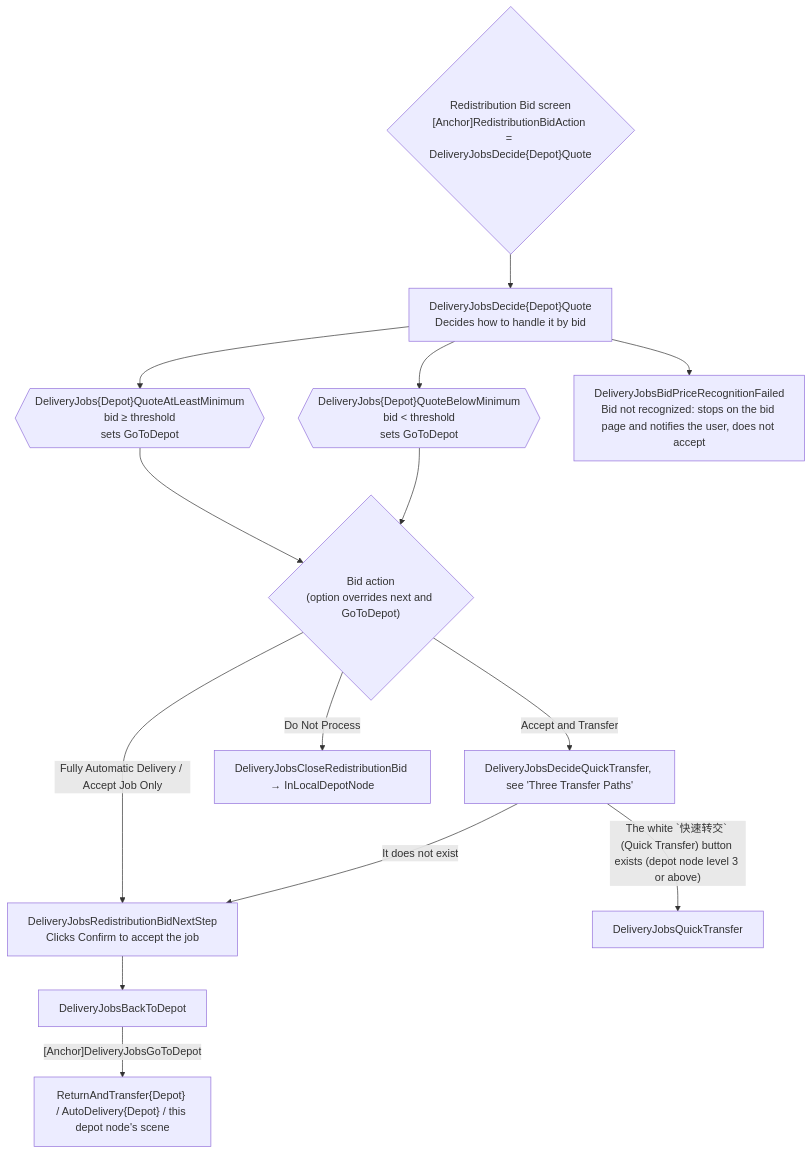
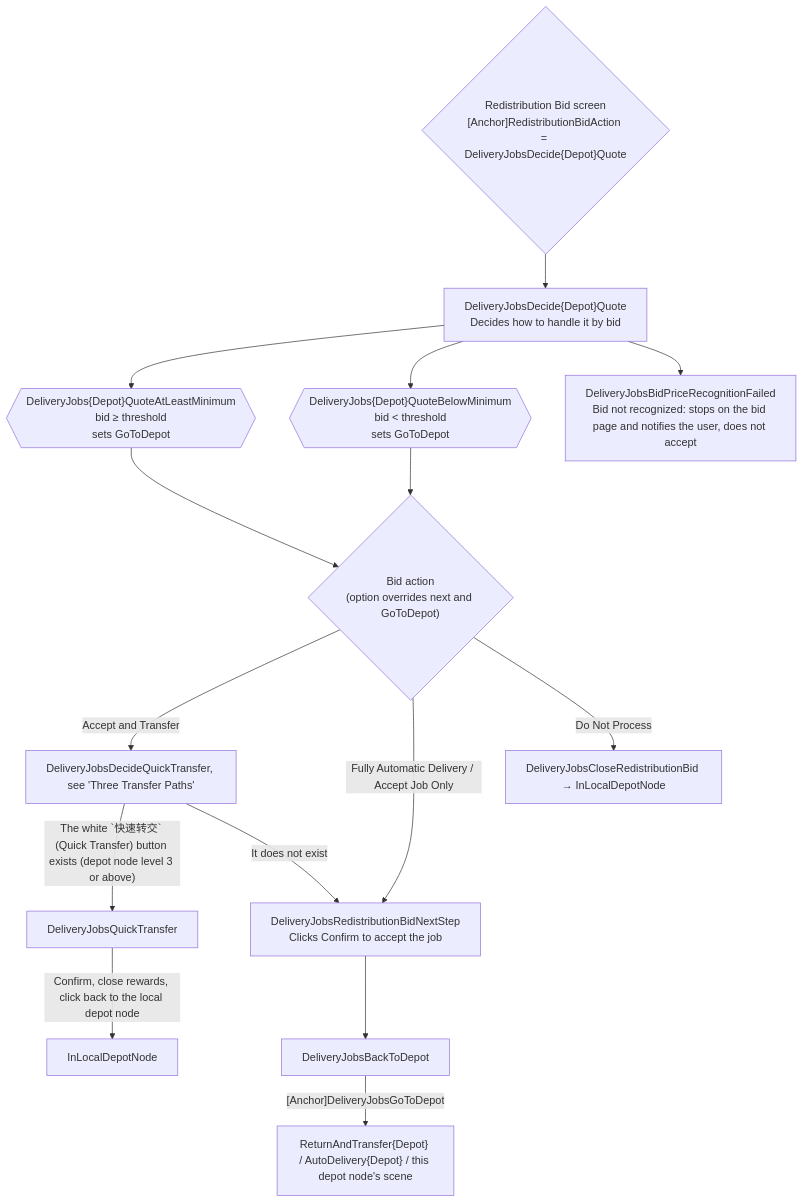
One commit to ENDFIELD-TERRA/MaaEnd changed the third of 6 diagrams in docs/en_us/developers/tasks/delivery-jobs-maintain.md. Above: the diagram before and after it, drawn with Mermaid. The commit also changed other lines of this file and 18 other files, not shown here.

````diff
--- a/docs/en_us/developers/tasks/delivery-jobs-maintain.md
+++ b/docs/en_us/developers/tasks/delivery-jobs-maintain.md
@@ -126,16 +132,17 @@
 ```mermaid
 flowchart TD
     Bid{"Redistribution Bid screen\n[Anchor]RedistributionBidAction = DeliveryJobsDecide{Depot}Quote"} --> Decide["DeliveryJobsDecide{Depot}Quote\nDecides how to handle it by bid"]
     Decide --> AtLeast{{"DeliveryJobs{Depot}QuoteAtLeastMinimum\nbid ≥ threshold\nsets GoToDepot"}}
     Decide --> Below{{"DeliveryJobs{Depot}QuoteBelowMinimum\nbid < threshold\nsets GoToDepot"}}
     Decide --> Fail["DeliveryJobsBidPriceRecognitionFailed\nBid not recognized: stops on the bid page and notifies the user, does not accept"]
     AtLeast --> QA{"Bid action\n(option overrides next and GoToDepot)"}
     Below --> QA
     QA -->|Accept and Transfer| QD["DeliveryJobsDecideQuickTransfer, see 'Three Transfer Paths'"]
     QA -->|Fully Automatic Delivery / Accept Job Only| RB["DeliveryJobsRedistributionBidNextStep\nClicks Confirm to accept the job"]
     QA -->|Do Not Process| Close["DeliveryJobsCloseRedistributionBid → InLocalDepotNode"]
     QD -->|"The white `快速转交` (Quick Transfer) button exists (depot node level 3 or above)"| QT["DeliveryJobsQuickTransfer"]
     QD -->|It does not exist| RB
+    QT -->|Confirm, close rewards, click back to the local depot node| Local["InLocalDepotNode"]
     RB --> Back["DeliveryJobsBackToDepot"]
     Back -->|"[Anchor]DeliveryJobsGoToDepot"| Land["ReturnAndTransfer{Depot} / AutoDelivery{Depot} / this depot node's scene"]
 ```
````
